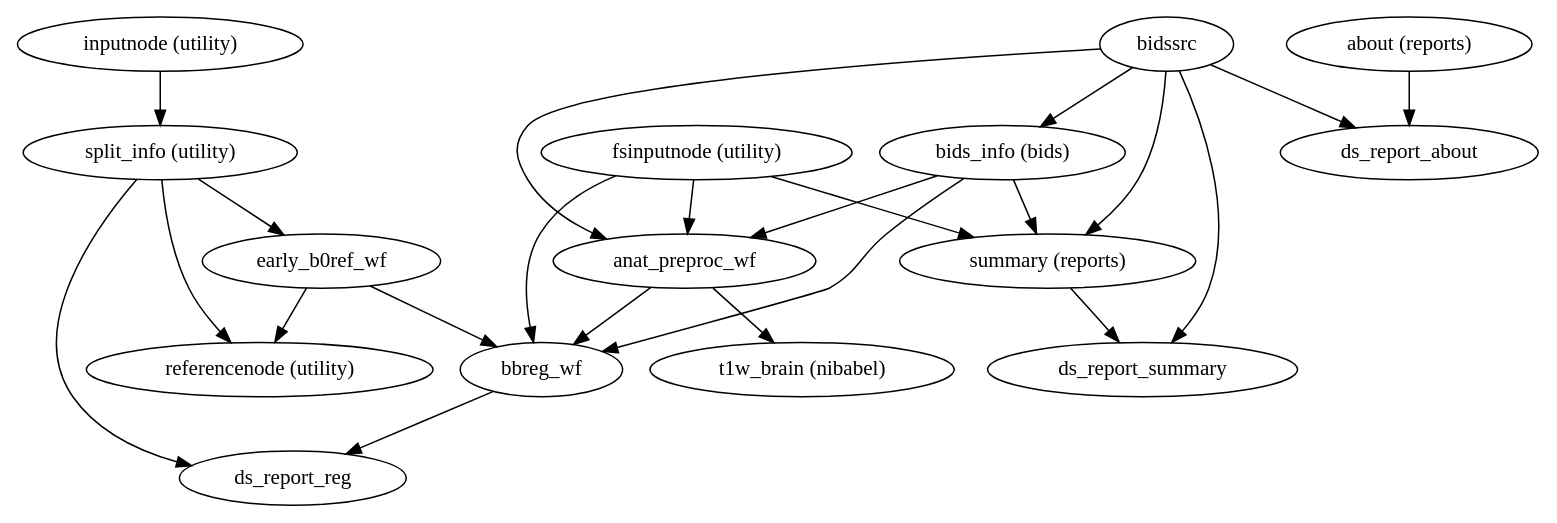
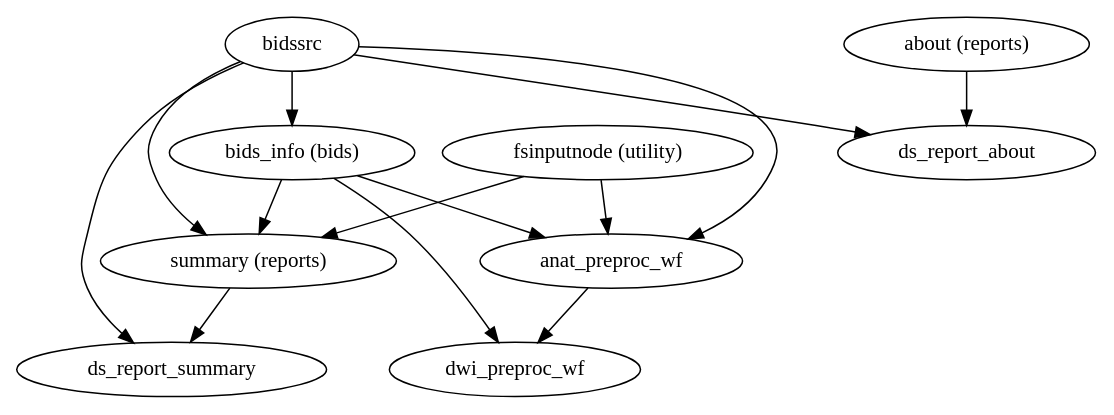
Before and after one commit to nipreps/dmriprep: the diagram in wf_directive/api/single_subject_THP0005_wf/dmriprep-workflows-base-2.dot, drawn with Graphviz. The commit also changed 382 other files, not shown here.

```diff
--- a/wf_directive/api/single_subject_THP0005_wf/dmriprep-workflows-base-2.dot
+++ b/wf_directive/api/single_subject_THP0005_wf/dmriprep-workflows-base-2.dot
@@ -1,39 +1,24 @@
 strict digraph  {
 "fsinputnode (utility)";
 anat_preproc_wf;
 "summary (reports)";
-bbreg_wf;
-"t1w_brain (nibabel)";
+dwi_preproc_wf;
 bidssrc;
 "bids_info (bids)";
 ds_report_summary;
 ds_report_about;
 "about (reports)";
-"inputnode (utility)";
-"split_info (utility)";
-early_b0ref_wf;
-"referencenode (utility)";
-ds_report_reg;
 "fsinputnode (utility)" -> anat_preproc_wf;
 "fsinputnode (utility)" -> "summary (reports)";
-"fsinputnode (utility)" -> bbreg_wf;
-anat_preproc_wf -> "t1w_brain (nibabel)";
-anat_preproc_wf -> bbreg_wf;
+anat_preproc_wf -> dwi_preproc_wf;
 "summary (reports)" -> ds_report_summary;
-bbreg_wf -> ds_report_reg;
 bidssrc -> "bids_info (bids)";
 bidssrc -> "summary (reports)";
 bidssrc -> anat_preproc_wf;
 bidssrc -> ds_report_summary;
 bidssrc -> ds_report_about;
 "bids_info (bids)" -> "summary (reports)";
 "bids_info (bids)" -> anat_preproc_wf;
-"bids_info (bids)" -> bbreg_wf;
+"bids_info (bids)" -> dwi_preproc_wf;
 "about (reports)" -> ds_report_about;
-"inputnode (utility)" -> "split_info (utility)";
-"split_info (utility)" -> early_b0ref_wf;
-"split_info (utility)" -> "referencenode (utility)";
-"split_info (utility)" -> ds_report_reg;
-early_b0ref_wf -> "referencenode (utility)";
-early_b0ref_wf -> bbreg_wf;
 }
```
